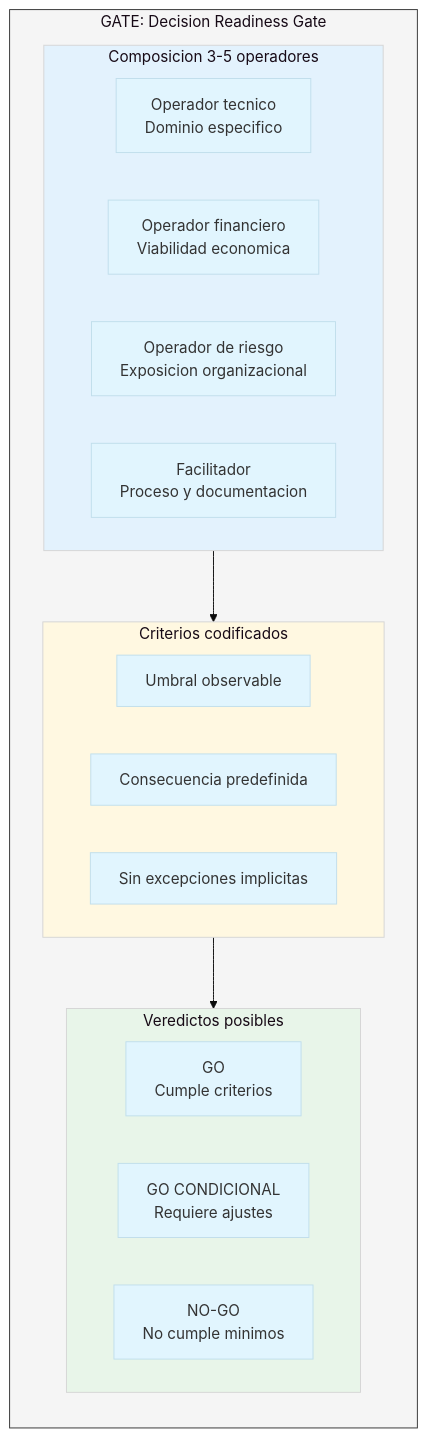
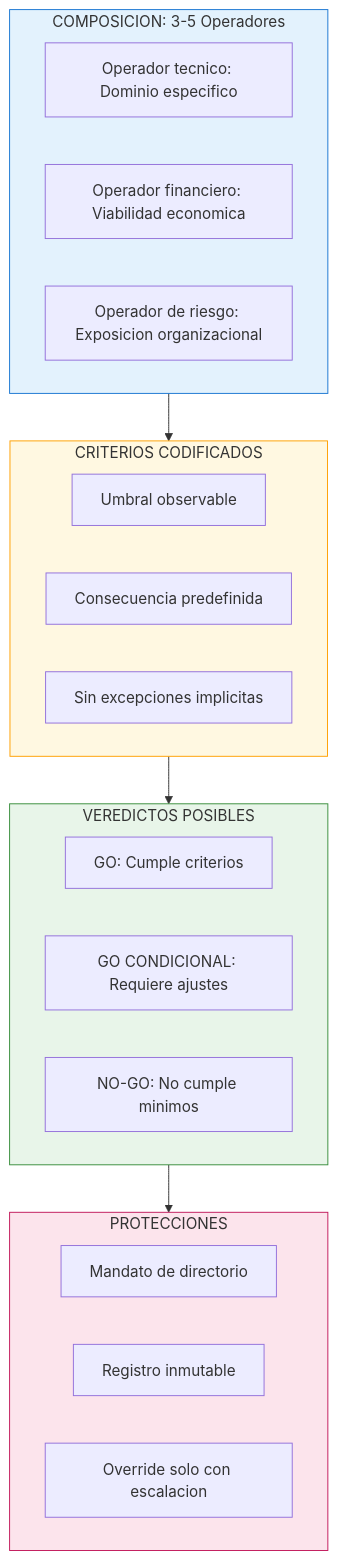
The diagram in assets/diagrams/B55-estructura-gate.mermaid (gonzalezulises/mas-control-mas-caos), drawn with Mermaid before and after one commit. The commit also changed 4 other files, not shown here.

First line of the commit message:
Fix diagram layouts with titles on top

```diff
--- a/assets/diagrams/B55-estructura-gate.mermaid
+++ b/assets/diagrams/B55-estructura-gate.mermaid
@@ -1,32 +1,34 @@
-%%{init: {'theme': 'base', 'themeVariables': { 'primaryColor': '#e1f5fe', 'secondaryColor': '#fff3e0', 'tertiaryColor': '#e8f5e9'}}}%%
+%%{init: {'flowchart': {'curve': 'basis'}}}%%
 flowchart TB
-    subgraph GATE["GATE: Decision Readiness Gate"]
-        direction TB
+    subgraph COMP["COMPOSICION: 3-5 Operadores"]
+        OP1["Operador tecnico: Dominio especifico"]
+        OP2["Operador financiero: Viabilidad economica"]
+        OP3["Operador de riesgo: Exposicion organizacional"]
+    end
 
-        subgraph COMP["Composicion 3-5 operadores"]
-            OP1["Operador tecnico<br/>Dominio especifico"]
-            OP2["Operador financiero<br/>Viabilidad economica"]
-            OP3["Operador de riesgo<br/>Exposicion organizacional"]
-            OP4["Facilitador<br/>Proceso y documentacion"]
-        end
+    subgraph CRIT["CRITERIOS CODIFICADOS"]
+        C1["Umbral observable"]
+        C2["Consecuencia predefinida"]
+        C3["Sin excepciones implicitas"]
+    end
 
-        subgraph CRIT["Criterios codificados"]
-            C1["Umbral observable"]
-            C2["Consecuencia predefinida"]
-            C3["Sin excepciones implicitas"]
-        end
+    subgraph VERD["VEREDICTOS POSIBLES"]
+        V1["GO: Cumple criterios"]
+        V2["GO CONDICIONAL: Requiere ajustes"]
+        V3["NO-GO: No cumple minimos"]
+    end
 
-        subgraph VERD["Veredictos posibles"]
-            V1["GO<br/>Cumple criterios"]
-            V2["GO CONDICIONAL<br/>Requiere ajustes"]
-            V3["NO-GO<br/>No cumple minimos"]
-        end
+    subgraph PROT["PROTECCIONES"]
+        P1["Mandato de directorio"]
+        P2["Registro inmutable"]
+        P3["Override solo con escalacion"]
     end
 
     COMP --> CRIT
     CRIT --> VERD
+    VERD --> PROT
 
-    style GATE fill:#f5f5f5,stroke:#333
-    style COMP fill:#e3f2fd
-    style CRIT fill:#fff8e1
-    style VERD fill:#e8f5e9
+    style COMP fill:#e3f2fd,stroke:#1976d2
+    style CRIT fill:#fff8e1,stroke:#ffa000
+    style VERD fill:#e8f5e9,stroke:#388e3c
+    style PROT fill:#fce4ec,stroke:#c2185b
```
